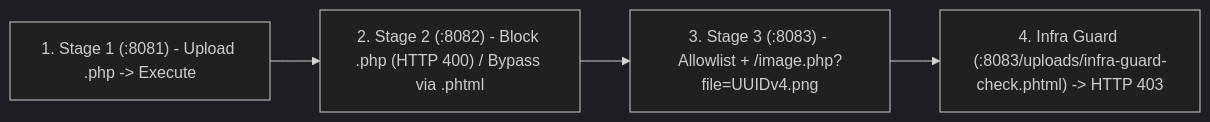
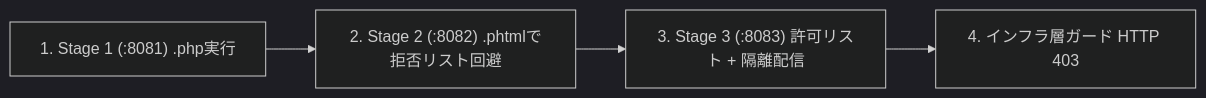
The diagram in labs/01-php-upload-defense/docs/ja/lt-script.md (sunak-tech/upload-to-execution-lab), drawn with Mermaid (dark theme) before and after one commit. The commit also changed other lines of this file and 38 other files, not shown here.

````diff
--- a/labs/01-php-upload-defense/docs/ja/lt-script.md
+++ b/labs/01-php-upload-defense/docs/ja/lt-script.md
@@ -41,6 +26,6 @@
 ```mermaid
 flowchart LR
-    D1["1. Stage 1 (:8081) - Upload .php -> Execute"] --> D2["2. Stage 2 (:8082) - Block .php (HTTP 400) / Bypass via .phtml"]
-    D2 --> D3["3. Stage 3 (:8083) - Allowlist + /image.php?file=UUIDv4.png"]
-    D3 --> D4["4. Infra Guard (:8083/uploads/infra-guard-check.phtml) -> HTTP 403"]
+    S1["1. Stage 1 (:8081) .php実行"] --> S2["2. Stage 2 (:8082) .phtmlで拒否リスト回避"]
+    S2 --> S3["3. Stage 3 (:8083) 許可リスト + 隔離配信"]
+    S3 --> S4["4. インフラ層ガード HTTP 403"]
 ```
````
